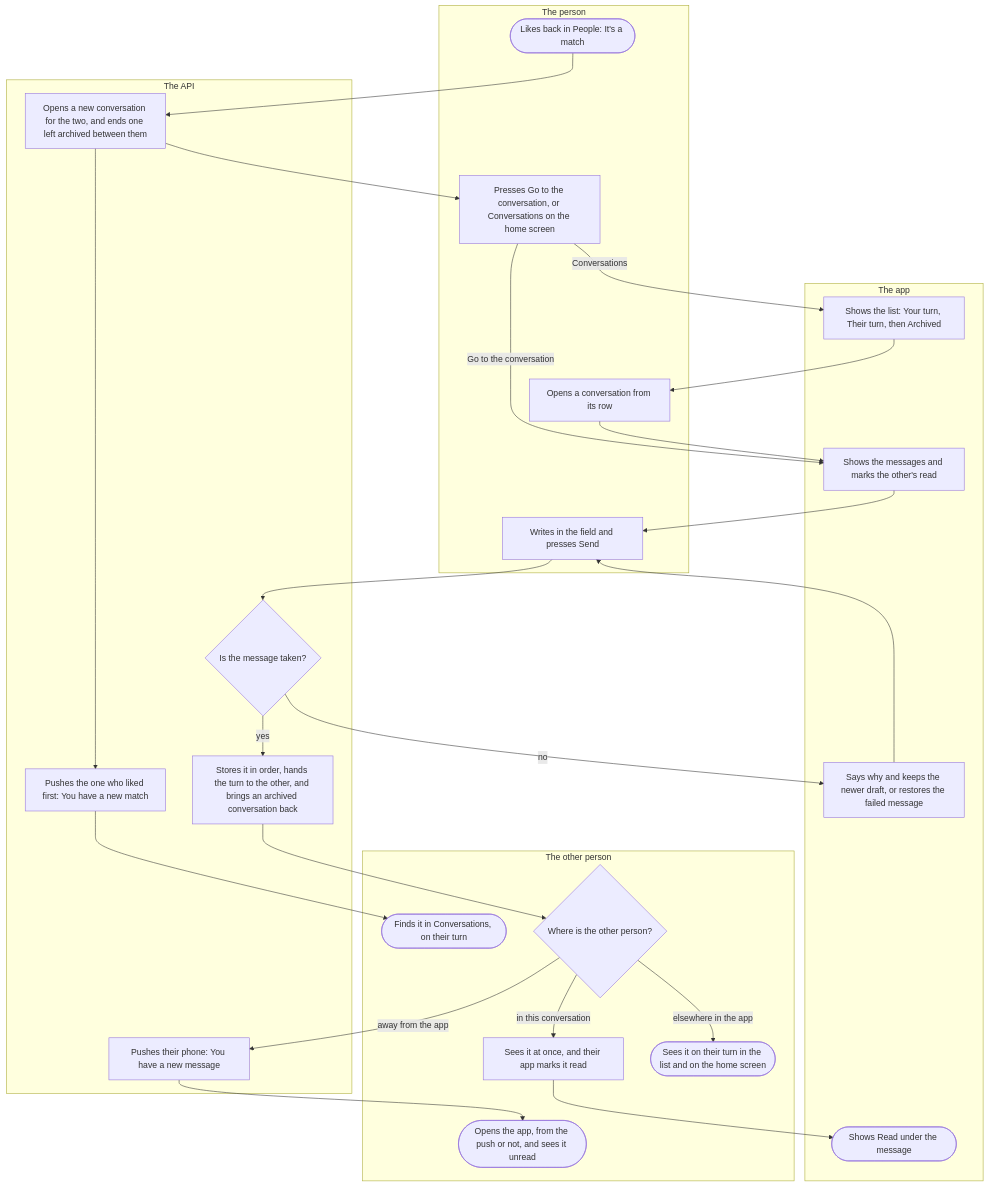
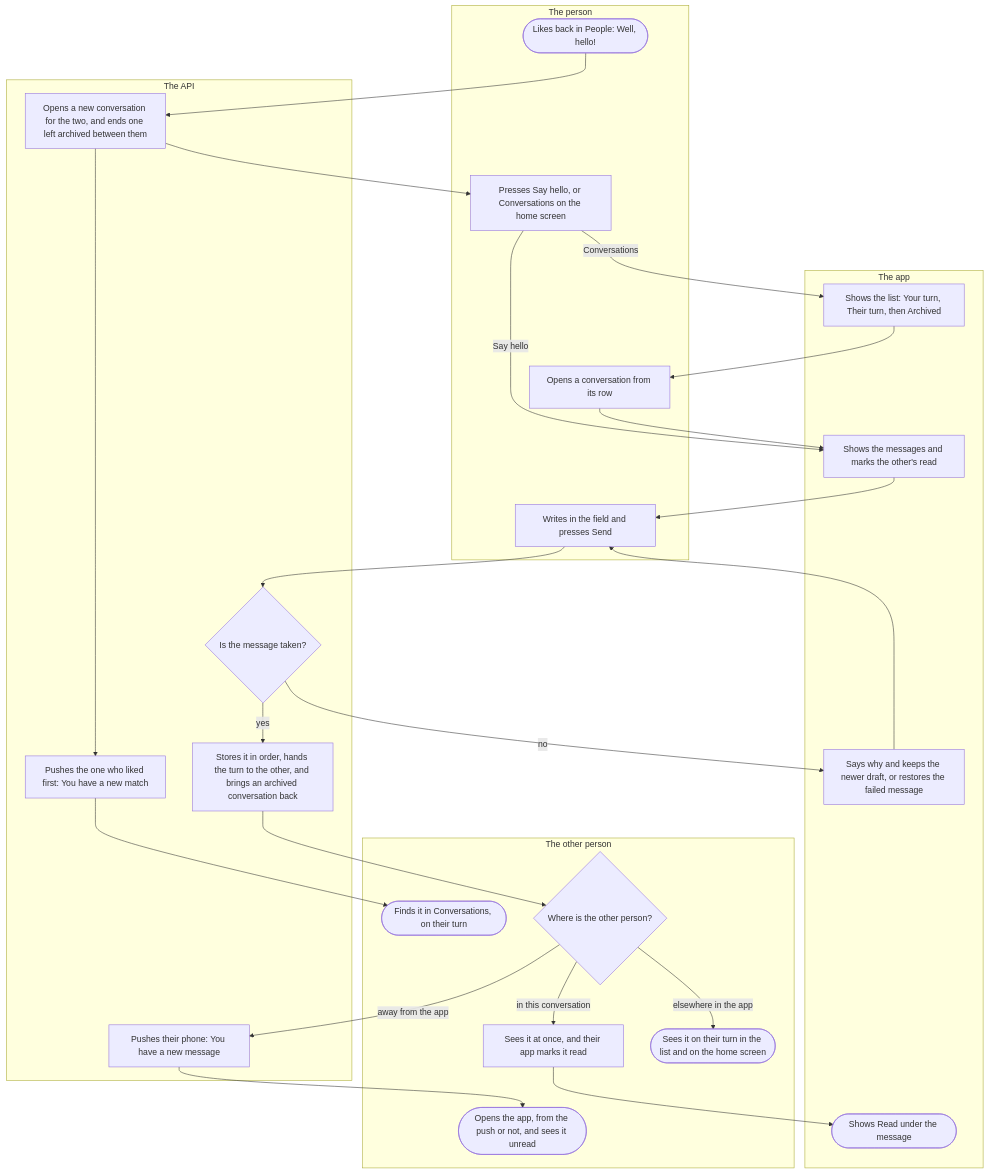
One commit to kuutti-ry/kumpa-app changed the first of 4 diagrams in docs/flows/chat.md. Above: the diagram before and after it, drawn with Mermaid. The commit also changed other lines of this file and 42 other files, not shown here.

````diff
--- a/docs/flows/chat.md
+++ b/docs/flows/chat.md
@@ -31,50 +31,50 @@
 ```mermaid
 flowchart TB
   accTitle: Chat, part 1: from a match to a message
   accDescr: A like that meets a like in People opens a new conversation for the two, and the one who liked first is pushed that there is a new match. The person opens it from the match or from Conversations on the home screen, writes and presses Send. The API refuses a message in words or stores it, and the other person sees it at once in an open conversation, on their turn in the list elsewhere in the app, or after a push when they are away from it.
   subgraph person["The person"]
-    s1(["Likes back in People: It's a match"])
-    s5["Presses Go to the conversation, or Conversations on the home screen"]
+    s1(["Likes back in People: Well, hello!"])
+    s5["Presses Say hello, or Conversations on the home screen"]
     s7["Opens a conversation from its row"]
     s9["Writes in the field and presses Send"]
   end
   subgraph app["The app"]
     s6["Shows the list: Your turn, Their turn, then Archived"]
     s8["Shows the messages and marks the other's read"]
     s11["Says why and keeps the newer draft, or restores the failed message"]
     s18(["Shows Read under the message"])
   end
   subgraph api["The API"]
     s2["Opens a new conversation for the two, and ends one left archived between them"]
     s3["Pushes the one who liked first: You have a new match"]
     s10{"Is the message taken?"}
     s12["Stores it in order, hands the turn to the other, and brings an archived conversation back"]
     s16["Pushes their phone: You have a new message"]
   end
   subgraph other["The other person"]
     s4(["Finds it in Conversations, on their turn"])
     s13{"Where is the other person?"}
     s14["Sees it at once, and their app marks it read"]
     s15(["Sees it on their turn in the list and on the home screen"])
     s17(["Opens the app, from the push or not, and sees it unread"])
   end
   s1 --> s2
   s2 --> s3
   s3 --> s4
   s2 --> s5
   s5 -->|"Conversations"| s6
-  s5 -->|"Go to the conversation"| s8
+  s5 -->|"Say hello"| s8
   s6 --> s7
   s7 --> s8
   s8 --> s9
   s9 --> s10
   s10 -->|"no"| s11
   s11 --> s9
   s10 -->|"yes"| s12
   s12 --> s13
   s13 -->|"in this conversation"| s14
   s13 -->|"elsewhere in the app"| s15
   s13 -->|"away from the app"| s16
   s16 --> s17
   s14 --> s18
 ```
````
